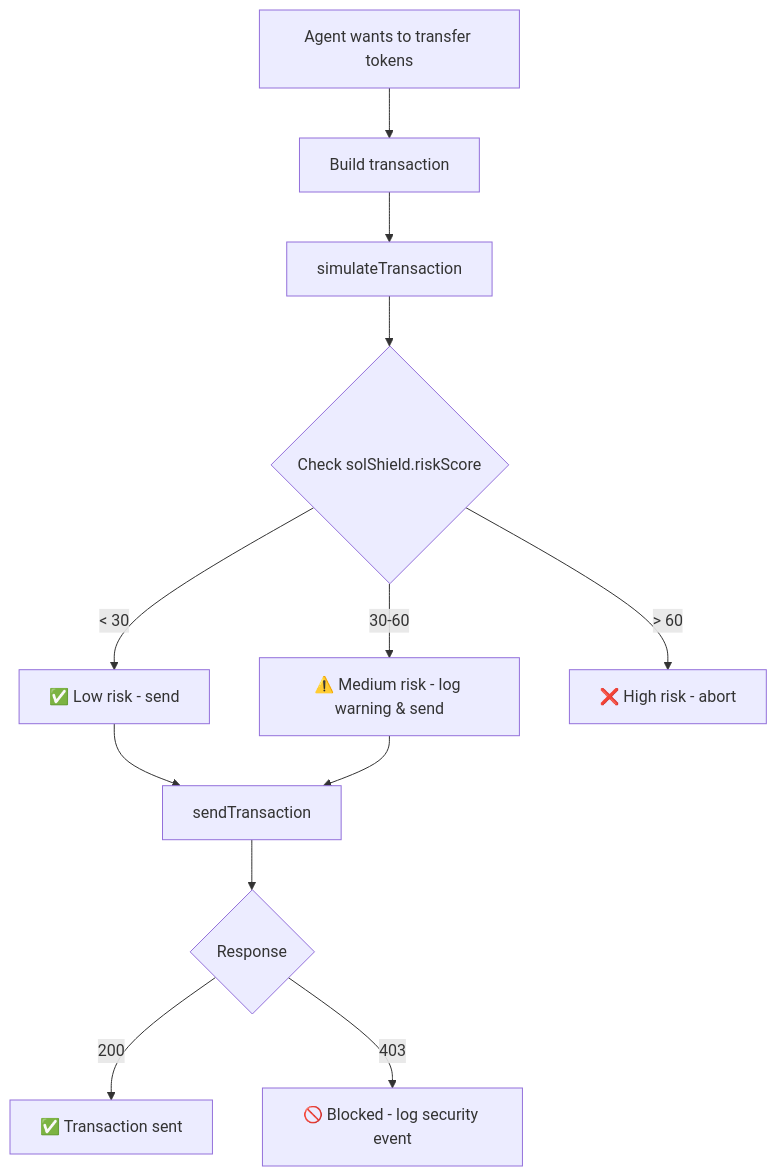
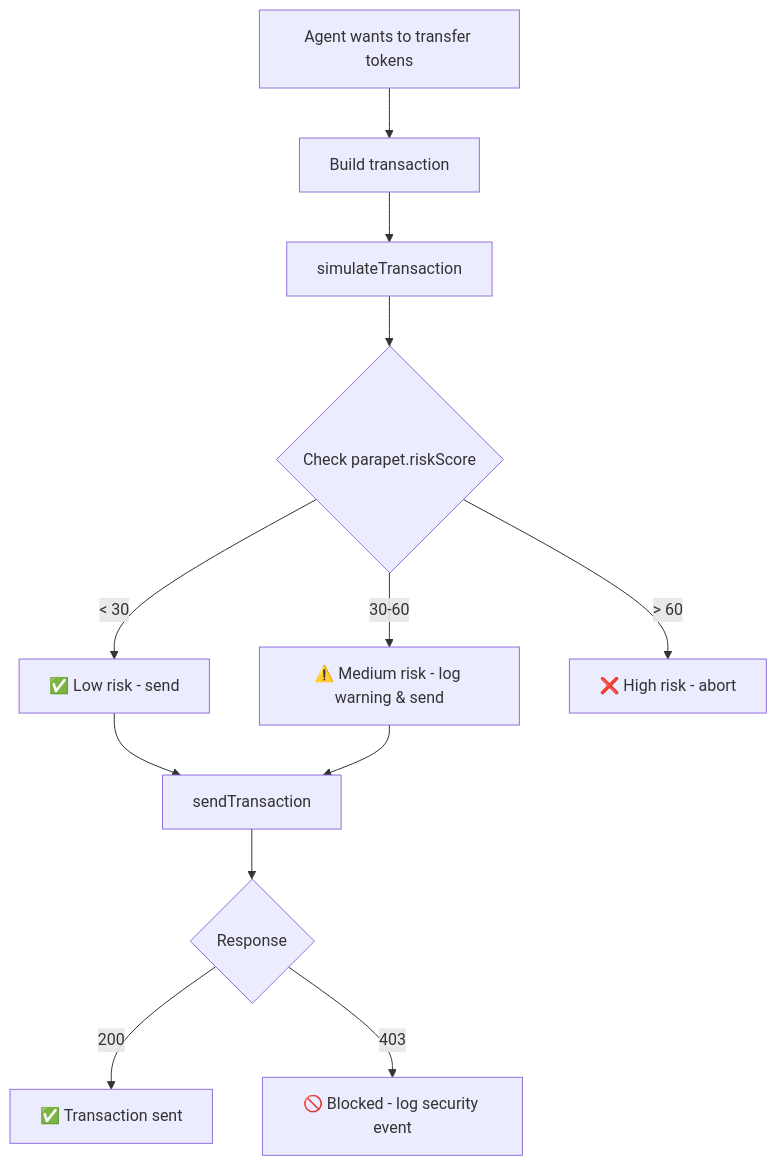
Before and after one commit to securecheckio/parapet: the second of 3 diagrams in docs/AGENT_GUIDE.md, drawn with Mermaid. The commit also changed other lines of this file and 1500 other files, not shown here.

First line of the commit message:
Restructure repository architecture and remove legacy artifacts

````diff
--- a/docs/AGENT_GUIDE.md
+++ b/docs/AGENT_GUIDE.md
@@ -144,14 +147,14 @@
 ```mermaid
 graph TD
     A[Agent wants to transfer tokens] --> B[Build transaction]
     B --> C[simulateTransaction]
-    C --> D{Check solShield.riskScore}
+    C --> D{Check parapet.riskScore}
     D -->|< 30| E[✅ Low risk - send]
     D -->|30-60| F[⚠️ Medium risk - log warning & send]
     D -->|> 60| G[❌ High risk - abort]
     E --> H[sendTransaction]
     F --> H
     H --> I{Response}
     I -->|200| J[✅ Transaction sent]
     I -->|403| K[🚫 Blocked - log security event]
 ```
````
